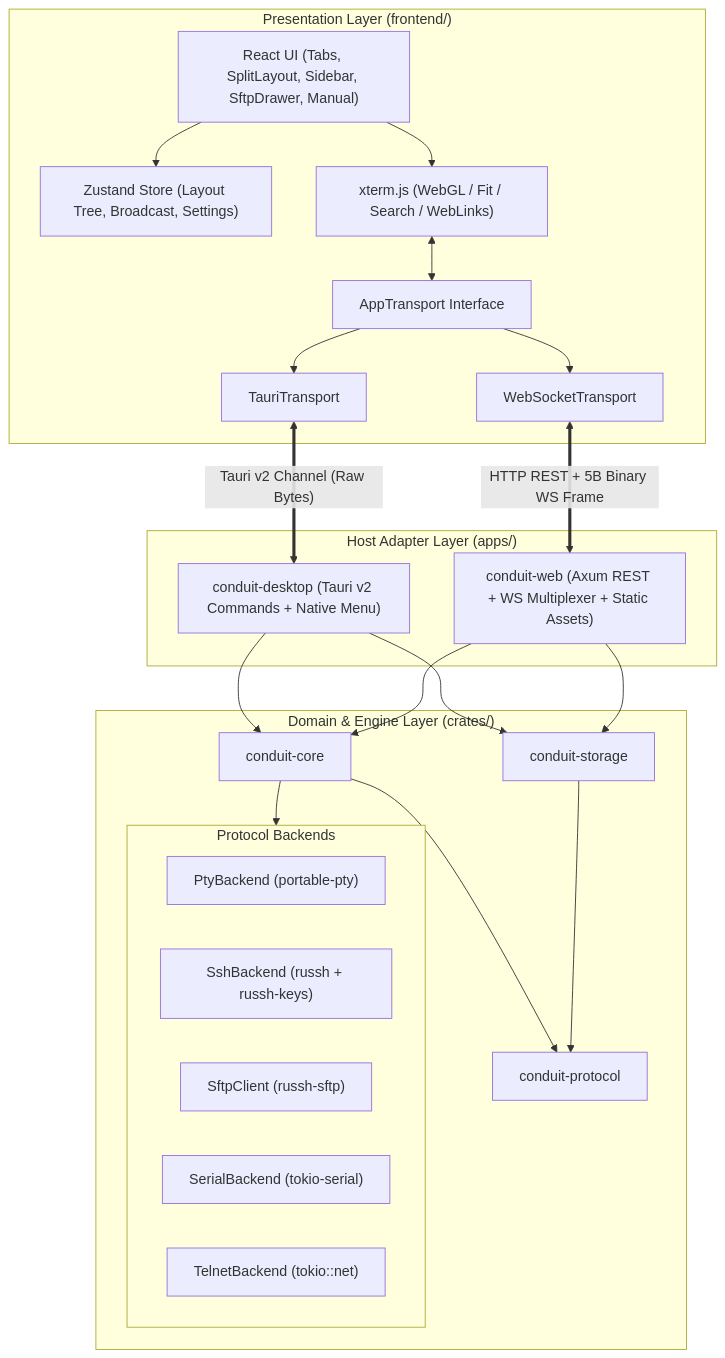
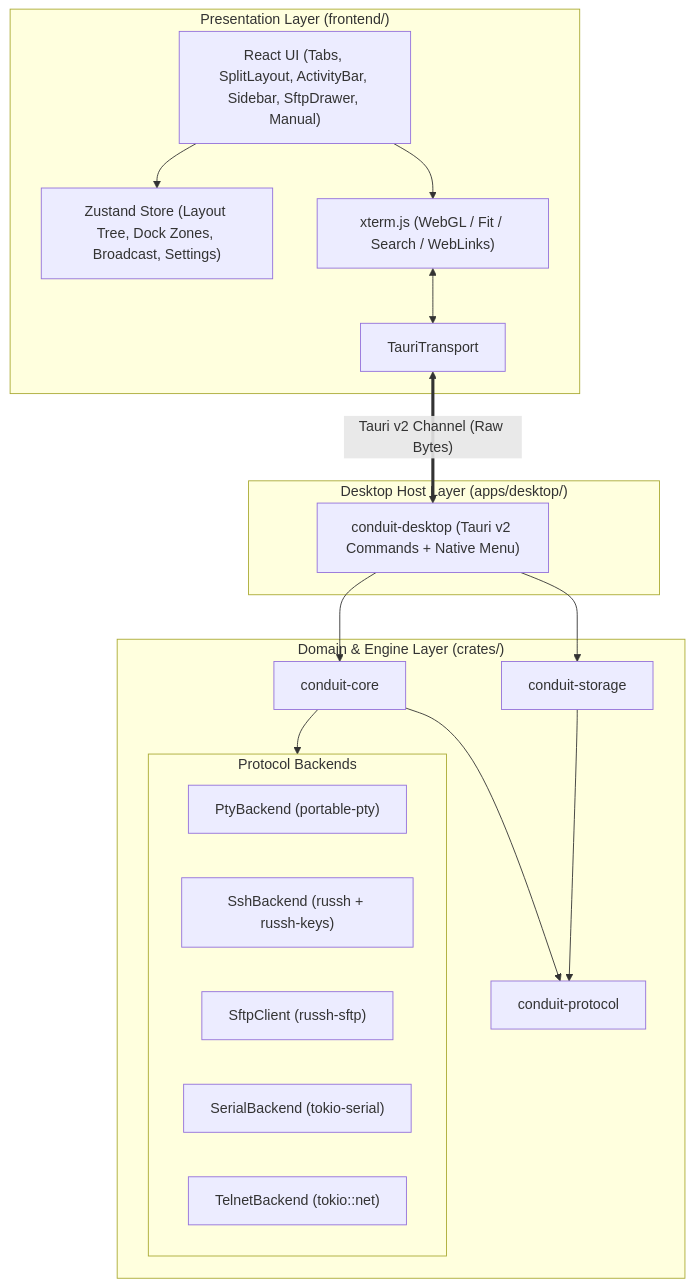
Before and after one commit to Othkkartho/ConduitProject: the diagram in docs/01-architecture.md, drawn with Mermaid. The commit also changed other lines of this file and 8 other files, not shown here.

Commit message:
docs(desktop): remove web mode references from UI manual and project docs

````diff
--- a/docs/01-architecture.md
+++ b/docs/01-architecture.md
@@ -14,48 +11,39 @@
 ```mermaid
 flowchart TB
     subgraph UI["Presentation Layer (frontend/)"]
-        ReactUI["React UI (Tabs, SplitLayout, Sidebar, SftpDrawer, Manual)"]
-        Zustand["Zustand Store (Layout Tree, Broadcast, Settings)"]
+        ReactUI["React UI (Tabs, SplitLayout, ActivityBar, Sidebar, SftpDrawer, Manual)"]
+        Zustand["Zustand Store (Layout Tree, Dock Zones, Broadcast, Settings)"]
         Xterm["xterm.js (WebGL / Fit / Search / WebLinks)"]
-        Adapter["AppTransport Interface"]
         TauriTr["TauriTransport"]
-        WsTr["WebSocketTransport"]
 
         ReactUI --> Zustand
         ReactUI --> Xterm
-        Xterm <--> Adapter
-        Adapter --> TauriTr
-        Adapter --> WsTr
+        Xterm <--> TauriTr
     end
 
-    subgraph Hosts["Host Adapter Layer (apps/)"]
+    subgraph Hosts["Desktop Host Layer (apps/desktop/)"]
         TauriHost["conduit-desktop (Tauri v2 Commands + Native Menu)"]
-        AxumHost["conduit-web (Axum REST + WS Multiplexer + Static Assets)"]
     end
 
     subgraph Core["Domain & Engine Layer (crates/)"]
         Proto["conduit-protocol"]
         CoreEngine["conduit-core"]
         Storage["conduit-storage"]
 
         subgraph Backends["Protocol Backends"]
             Pty["PtyBackend (portable-pty)"]
             Ssh["SshBackend (russh + russh-keys)"]
             Sftp["SftpClient (russh-sftp)"]
             Serial["SerialBackend (tokio-serial)"]
             Telnet["TelnetBackend (tokio::net)"]
         end
 
         CoreEngine --> Backends
         CoreEngine --> Proto
         Storage --> Proto
     end
 
     TauriTr <==>|"Tauri v2 Channel (Raw Bytes)"| TauriHost
-    WsTr <==>|"HTTP REST + 5B Binary WS Frame"| AxumHost
-
     TauriHost --> CoreEngine
     TauriHost --> Storage
-    AxumHost --> CoreEngine
-    AxumHost --> Storage
 ```
````
